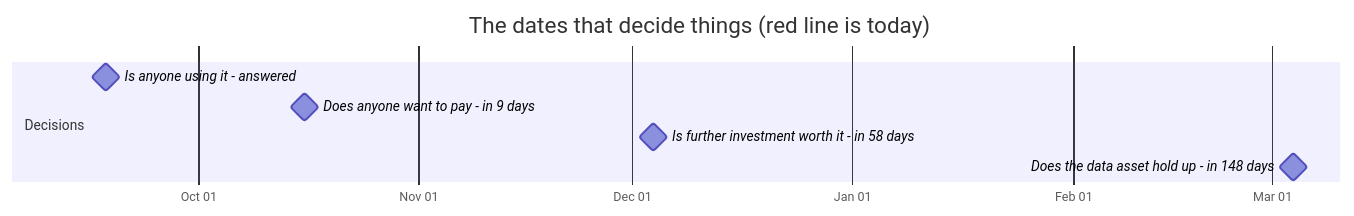
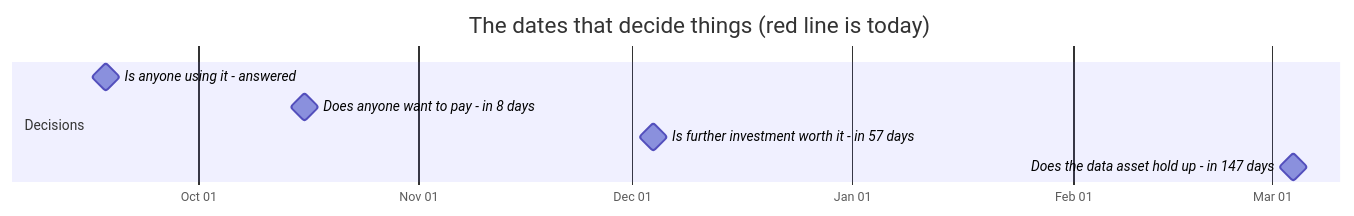
One commit to jakegu1/vetagent changed the first of 2 diagrams in docs/OWNER.md. Above: the diagram before and after it, drawn with Mermaid. The commit also changed other lines of this file and 1 other file, not shown here.

````diff
--- a/docs/OWNER.md
+++ b/docs/OWNER.md
@@ -76,12 +76,12 @@
 ```mermaid
 gantt
     dateFormat YYYY-MM-DD
     axisFormat %b %d
     todayMarker stroke-width:3px,stroke:#d33,stroke-dasharray:0
     title The dates that decide things (red line is today)
     section Decisions
     Is anyone using it - answered :milestone, 2026-09-18, 0d
-    Does anyone want to pay - in 9 days :milestone, 2026-10-16, 0d
-    Is further investment worth it - in 58 days :milestone, 2026-12-04, 0d
-    Does the data asset hold up - in 148 days :milestone, 2027-03-04, 0d
+    Does anyone want to pay - in 8 days :milestone, 2026-10-16, 0d
+    Is further investment worth it - in 57 days :milestone, 2026-12-04, 0d
+    Does the data asset hold up - in 147 days :milestone, 2027-03-04, 0d
 ```
````
